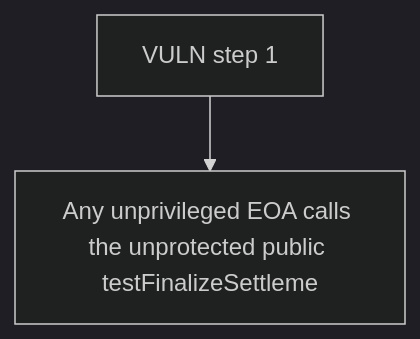
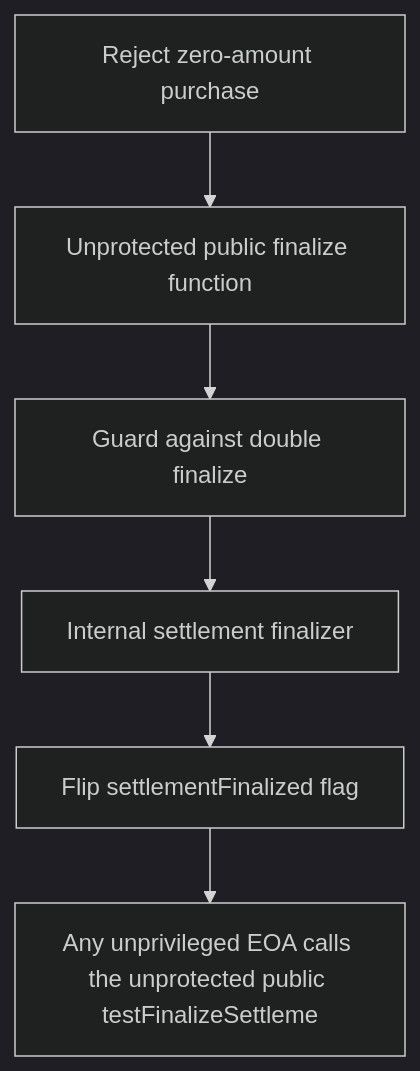
Before and after one commit to sanbir/evm-hack-registry: the diagram in 63976-h-01-anyone-can-finalize-the-sale-early-via-testfinalizesett_exp/63976-h-01-anyone-can-finalize-the-sale-early-via-testfinalizesett_exp.md, drawn with Mermaid (dark theme). The commit also changed other lines of this file and 79 other files, not shown here.

````diff
--- a/63976-h-01-anyone-can-finalize-the-sale-early-via-testfinalizesett_exp/63976-h-01-anyone-can-finalize-the-sale-early-via-testfinalizesett_exp.md
+++ b/63976-h-01-anyone-can-finalize-the-sale-early-via-testfinalizesett_exp/63976-h-01-anyone-can-finalize-the-sale-early-via-testfinalizesett_exp.md
@@ -28,6 +28,14 @@
 ```mermaid
 flowchart TD
-  S0["VULN step 1"]
+  S0["Reject zero-amount purchase"]
+  S1["Unprotected public finalize function"]
+  S2["Guard against double finalize"]
+  S3["Internal settlement finalizer"]
+  S4["Flip settlementFinalized flag"]
   H["Any unprivileged EOA calls the unprotected public testFinalizeSettleme"]
-  S0 --> H
+  S0 --> S1
+  S1 --> S2
+  S2 --> S3
+  S3 --> S4
+  S4 --> H
 ```
````
